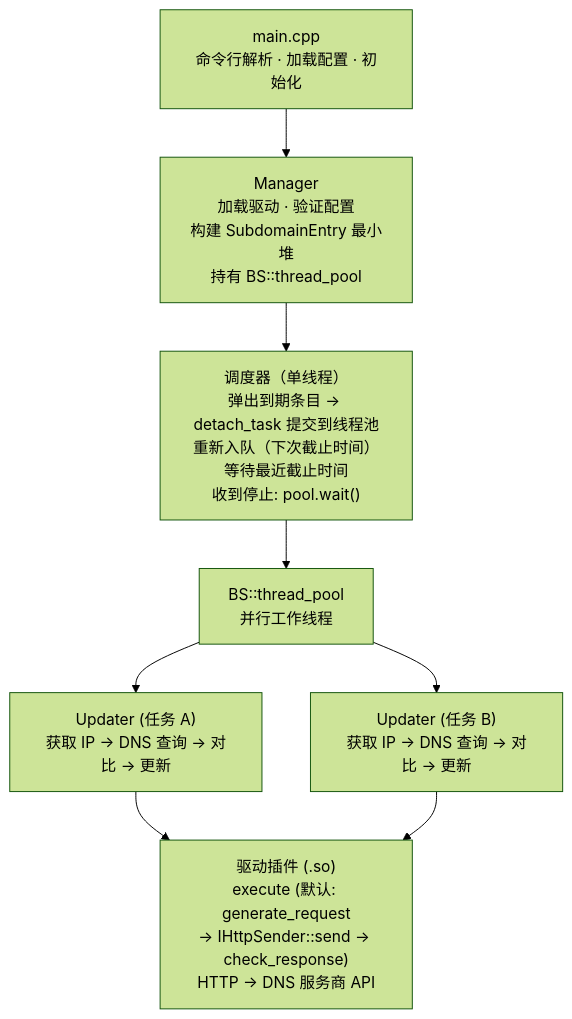
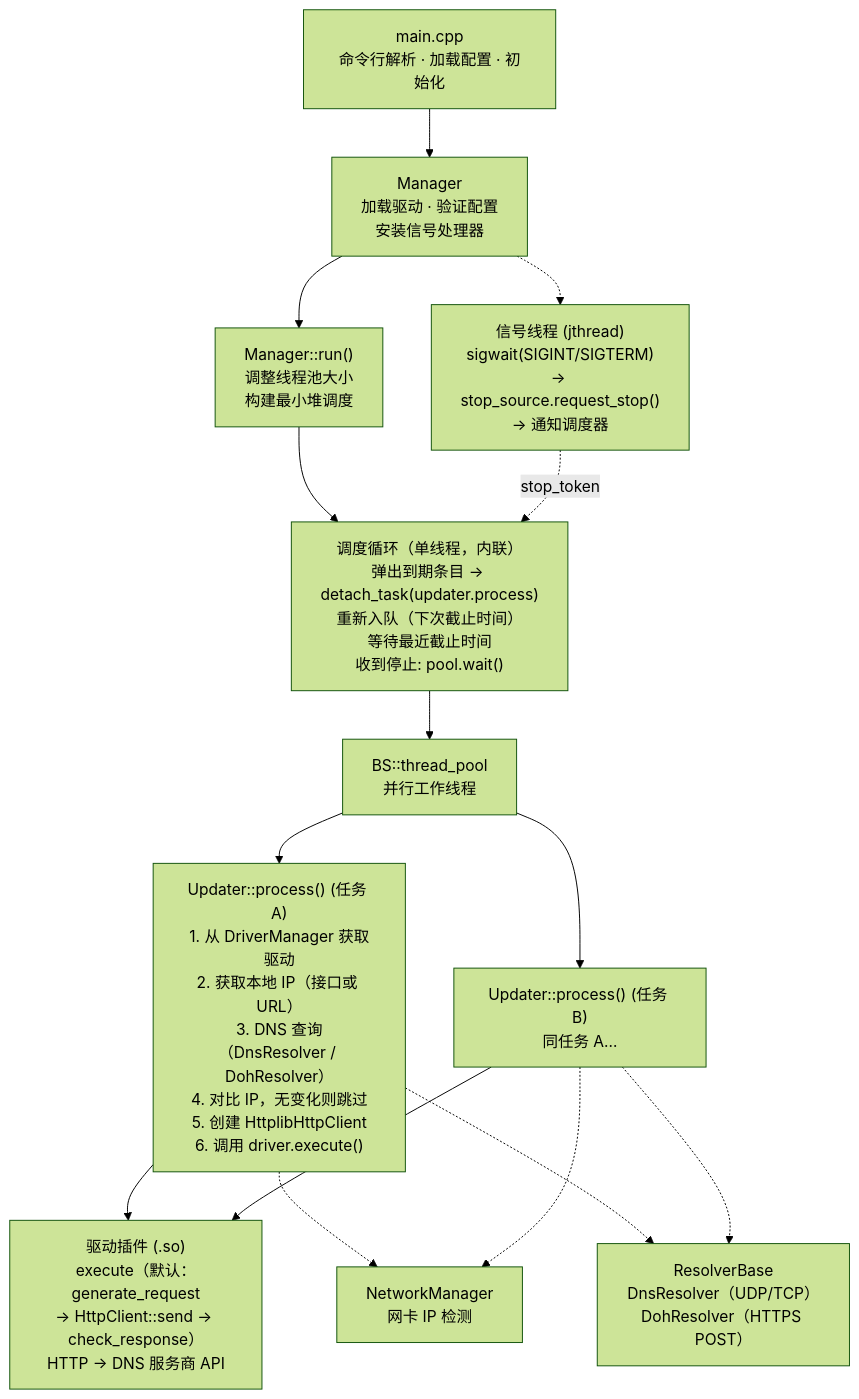
One commit to CyberKoo/yaddnsc changed the diagram in README_CN.md. Above: the diagram before and after it, drawn with Mermaid (forest theme). The commit also changed other lines of this file and 30 other files, not shown here.

First line of the commit message:
Feature: add DNS-over-HTTPS (DoH) support and concurrent multi-resolver DNS queries

````diff
--- a/README_CN.md
+++ b/README_CN.md
@@ -26,32 +26,55 @@
 ```mermaid
 flowchart TB
     main["main.cpp
 命令行解析 · 加载配置 · 初始化"]
     mgr["Manager
 加载驱动 · 验证配置
-构建 SubdomainEntry 最小堆
-持有 BS::thread_pool"]
-    sched["调度器（单线程）
-弹出到期条目 → detach_task 提交到线程池
+安装信号处理器"]
+    run["Manager::run()
+调整线程池大小
+构建最小堆调度"]
+    sched["调度循环（单线程，内联）
+弹出到期条目 → detach_task(updater.process)
 重新入队（下次截止时间）
 等待最近截止时间
 收到停止: pool.wait()"]
+    signal["信号线程 (jthread)
+sigwait(SIGINT/SIGTERM)
+→ stop_source.request_stop()
+→ 通知调度器"]
     pool["BS::thread_pool
 并行工作线程"]
-    updaterA["Updater (任务 A)
-获取 IP → DNS 查询 → 对比 → 更新"]
-    updaterB["Updater (任务 B)
-获取 IP → DNS 查询 → 对比 → 更新"]
+    updaterA["Updater::process() (任务 A)
+1. 从 DriverManager 获取驱动
+2. 获取本地 IP（接口或 URL）
+3. DNS 查询（DnsResolver / DohResolver）
+4. 对比 IP，无变化则跳过
+5. 创建 HttplibHttpClient
+6. 调用 driver.execute()"]
+    updaterB["Updater::process() (任务 B)
+同任务 A…"]
     driver["驱动插件 (.so)
-execute (默认: generate_request
-→ IHttpSender::send → check_response)
+execute（默认：generate_request
+→ HttpClient::send → check_response）
 HTTP → DNS 服务商 API"]
+    net["NetworkManager
+网卡 IP 检测"]
+    dns["ResolverBase
+DnsResolver（UDP/TCP）
+DohResolver（HTTPS POST）"]
 
     main --> mgr
-    mgr --> sched
+    mgr --> run
+    run --> sched
+    mgr -.-> signal
+    signal -.->|stop_token| sched
     sched --> pool
     pool --> updaterA
     pool --> updaterB
     updaterA --> driver
     updaterB --> driver
+    updaterA -.-> net
+    updaterB -.-> net
+    updaterA -.-> dns
+    updaterB -.-> dns
 ```
````
